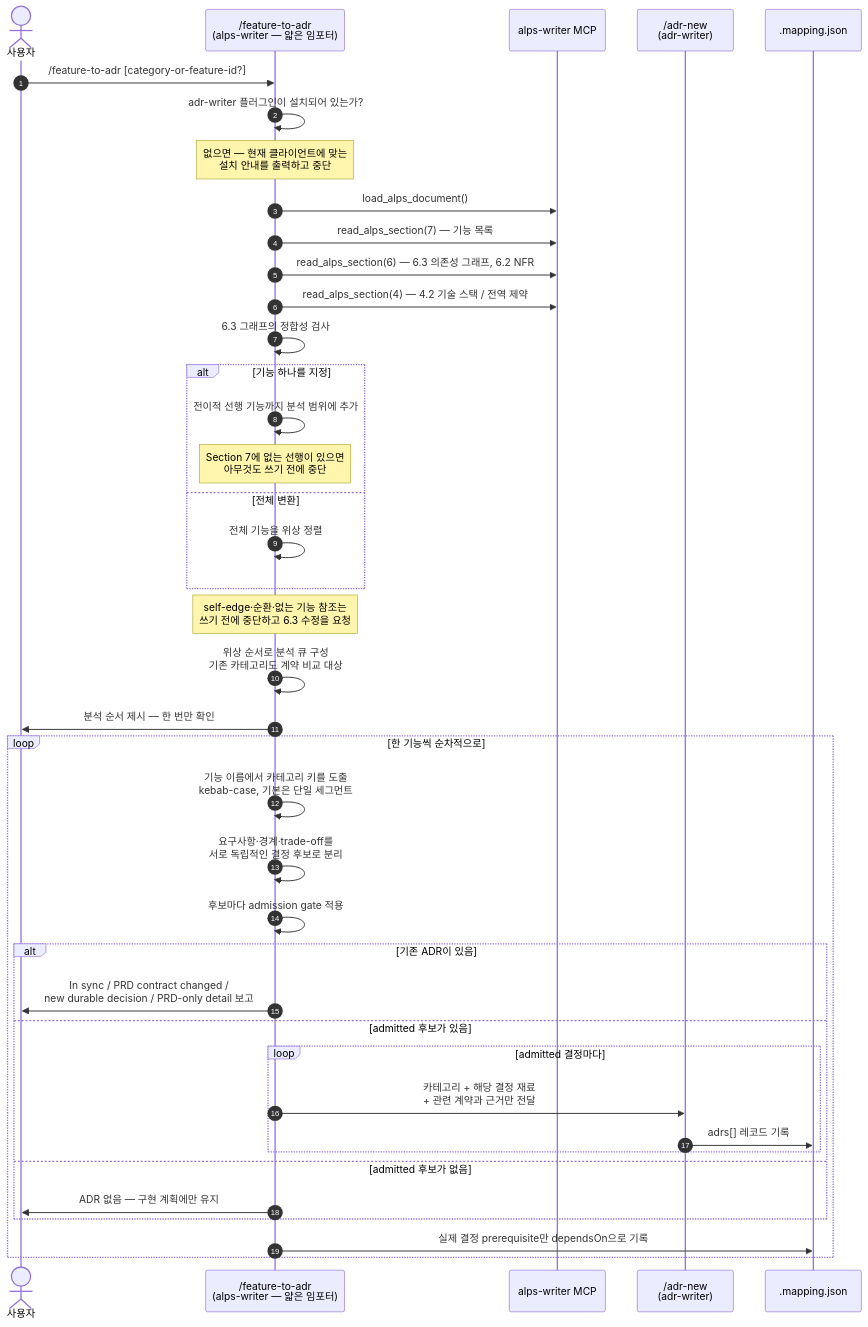
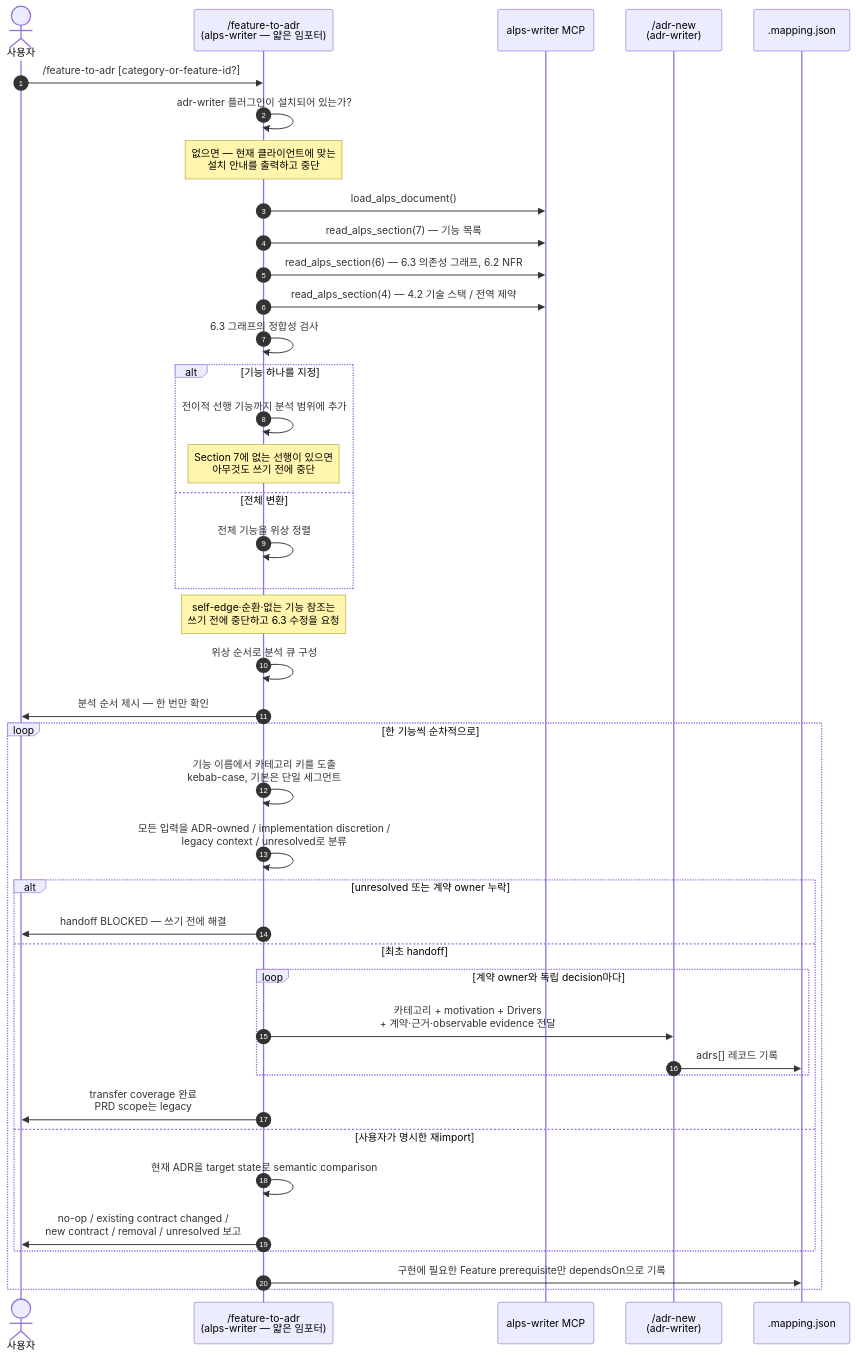
The third of 8 diagrams in docs/adr-process.md (haandol/alps-writer-mcp), drawn with Mermaid before and after one commit. The commit also changed other lines of this file and 44 other files, not shown here.

Commit message:
feat(plugin): transfer PRD ownership to ADRs

````diff
--- a/docs/adr-process.md
+++ b/docs/adr-process.md
@@ -174,47 +174,48 @@
 ```mermaid
 sequenceDiagram
     autonumber
     actor U as 사용자
     participant F2A as /feature-to-adr<br/>(alps-writer — 얇은 임포터)
     participant MCP as alps-writer MCP
     participant New as /adr-new<br/>(adr-writer)
     participant Map as .mapping.json
 
     U->>F2A: /feature-to-adr [category-or-feature-id?]
     F2A->>F2A: adr-writer 플러그인이 설치되어 있는가?
     Note over F2A: 없으면 — 현재 클라이언트에 맞는<br/>설치 안내를 출력하고 중단
 
     F2A->>MCP: load_alps_document()
     F2A->>MCP: read_alps_section(7) — 기능 목록
     F2A->>MCP: read_alps_section(6) — 6.3 의존성 그래프, 6.2 NFR
     F2A->>MCP: read_alps_section(4) — 4.2 기술 스택 / 전역 제약
 
     F2A->>F2A: 6.3 그래프의 정합성 검사
     alt 기능 하나를 지정
         F2A->>F2A: 전이적 선행 기능까지 분석 범위에 추가
         Note over F2A: Section 7에 없는 선행이 있으면<br/>아무것도 쓰기 전에 중단
     else 전체 변환
         F2A->>F2A: 전체 기능을 위상 정렬
     end
     Note over F2A: self-edge·순환·없는 기능 참조는<br/>쓰기 전에 중단하고 6.3 수정을 요청
 
-    F2A->>F2A: 위상 순서로 분석 큐 구성<br/>기존 카테고리도 계약 비교 대상
+    F2A->>F2A: 위상 순서로 분석 큐 구성
     F2A->>U: 분석 순서 제시 — 한 번만 확인
 
     loop 한 기능씩 순차적으로
         F2A->>F2A: 기능 이름에서 카테고리 키를 도출<br/>kebab-case, 기본은 단일 세그먼트
-        F2A->>F2A: 요구사항·경계·trade-off를<br/>서로 독립적인 결정 후보로 분리
-        F2A->>F2A: 후보마다 admission gate 적용
-        alt 기존 ADR이 있음
-            F2A->>U: In sync / PRD contract changed /<br/>new durable decision / PRD-only detail 보고
-        else admitted 후보가 있음
-            loop admitted 결정마다
-                F2A->>New: 카테고리 + 해당 결정 재료<br/>+ 관련 계약과 근거만 전달
+        F2A->>F2A: 모든 입력을 ADR-owned / implementation discretion /<br/>legacy context / unresolved로 분류
+        alt unresolved 또는 계약 owner 누락
+            F2A->>U: handoff BLOCKED — 쓰기 전에 해결
+        else 최초 handoff
+            loop 계약 owner와 독립 decision마다
+                F2A->>New: 카테고리 + motivation + Drivers<br/>+ 계약·근거·observable evidence 전달
                 New->>Map: adrs[] 레코드 기록
             end
-        else admitted 후보가 없음
-            F2A->>U: ADR 없음 — 구현 계획에만 유지
+            F2A->>U: transfer coverage 완료<br/>PRD scope는 legacy
+        else 사용자가 명시한 재import
+            F2A->>F2A: 현재 ADR을 target state로 semantic comparison
+            F2A->>U: no-op / existing contract changed /<br/>new contract / removal / unresolved 보고
         end
-        F2A->>Map: 실제 결정 prerequisite만 dependsOn으로 기록
+        F2A->>Map: 구현에 필요한 Feature prerequisite만 dependsOn으로 기록
     end
 ```
````
